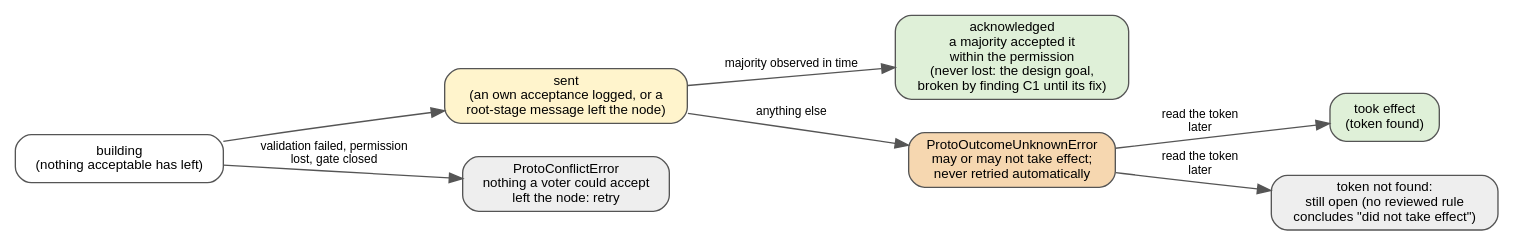
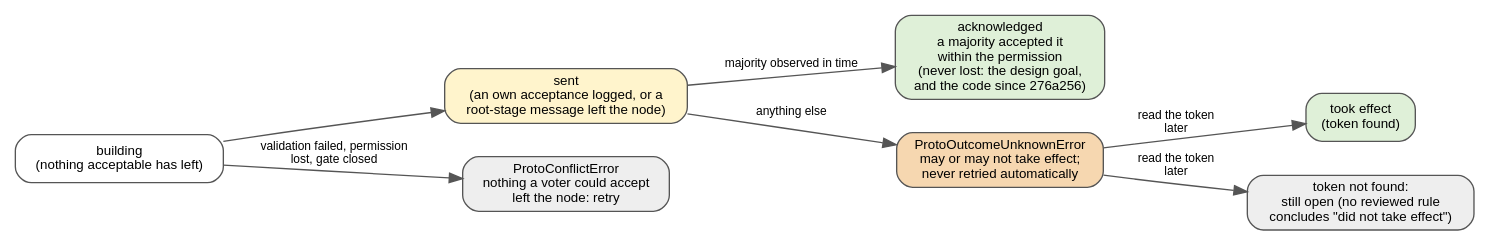
Before and after one commit to gamarino/ProtoDB: the diagram in docs/source/design-guide/diagrams/unknown-outcome.dot, drawn with Graphviz. The commit also changed 5 other files, not shown here.

Commit message:
Docs: the design guide describes the C1 fix as merged (276a256, db1a4c8)

```diff
--- a/docs/source/design-guide/diagrams/unknown-outcome.dot
+++ b/docs/source/design-guide/diagrams/unknown-outcome.dot
@@ -1,23 +1,22 @@
 // The outcomes of a cluster commit (D46, D50, D55 H7, R86).
 // Render: dot -Tsvg unknown-outcome.dot -o unknown-outcome.svg
-// TODO(C1-fix): drop the C1 note on "acknowledged" once the fix is merged.
 digraph outcome {
   graph [rankdir=LR, fontname="Helvetica", fontsize=11, nodesep=0.35, ranksep=0.55];
   node  [fontname="Helvetica", fontsize=10, shape=box, style="rounded,filled", fillcolor="#ffffff", color="#555555"];
   edge  [fontname="Helvetica", fontsize=9, color="#555555"];
 
   build   [label="building\n(nothing acceptable has left)"];
   sent    [label="sent\n(an own acceptance logged, or a\nroot-stage message left the node)", fillcolor="#fff4cc"];
   conflict[label="ProtoConflictError\nnothing a voter could accept\nleft the node: retry", fillcolor="#eeeeee"];
-  acked   [label="acknowledged\na majority accepted it\nwithin the permission\n(never lost: the design goal,\nbroken by finding C1 until its fix)", fillcolor="#dff0d8"];
+  acked   [label="acknowledged\na majority accepted it\nwithin the permission\n(never lost: the design goal,\nand the code since 276a256)", fillcolor="#dff0d8"];
   unknown [label="ProtoOutcomeUnknownError\nmay or may not take effect;\nnever retried automatically", fillcolor="#f6d7b0"];
   yes     [label="took effect\n(token found)", fillcolor="#dff0d8"];
   open    [label="token not found:\nstill open (no reviewed rule\nconcludes \"did not take effect\")", fillcolor="#eeeeee"];
 
   build -> conflict [label="validation failed, permission\nlost, gate closed"];
   build -> sent;
   sent -> acked     [label="majority observed in time"];
   sent -> unknown   [label="anything else"];
   unknown -> yes    [label="read the token\nlater"];
   unknown -> open   [label="read the token\nlater"];
 }
```
